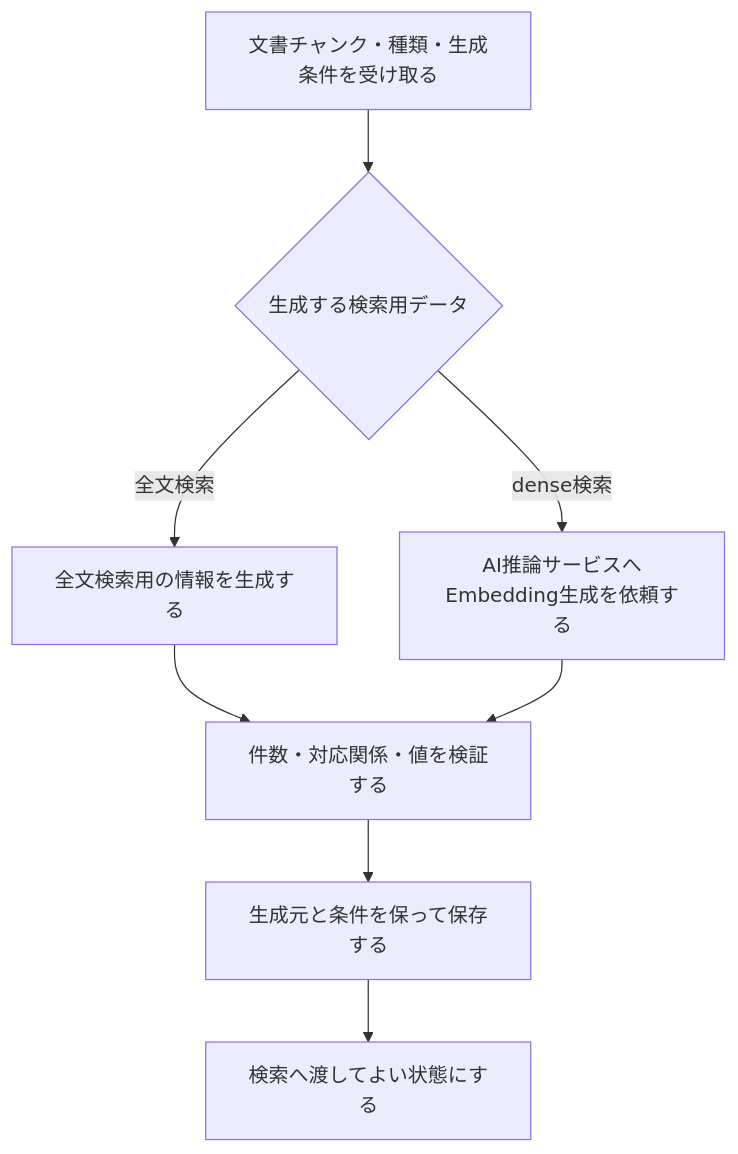
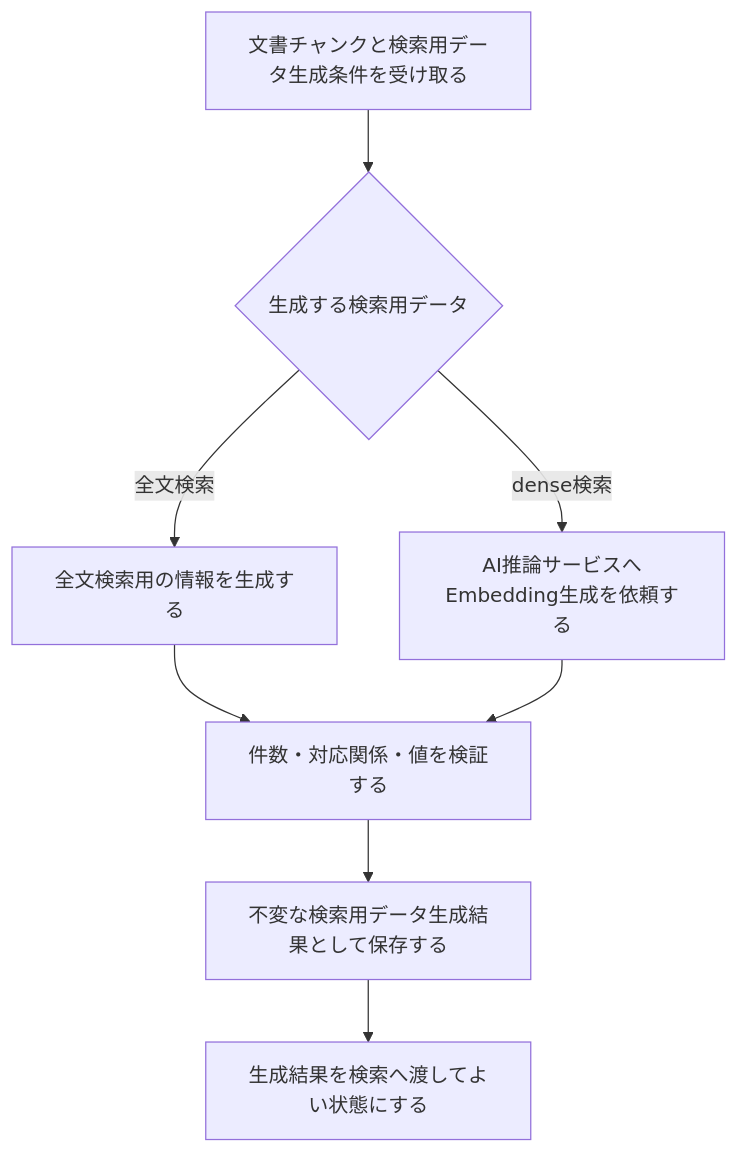
Before and after one commit to takashit16833/RAGScope: the diagram in project-docs/design/domains/documents/検索用データ生成設計.md, drawn with Mermaid. The commit also changed other lines of this file and 6 other files, not shown here.

````diff
--- a/project-docs/design/domains/documents/検索用データ生成設計.md
+++ b/project-docs/design/domains/documents/検索用データ生成設計.md
@@ -39,15 +39,15 @@
 ```mermaid
 flowchart TD
-    Receive["文書チャンク・種類・生成条件を受け取る"]
+    Receive["文書チャンクと検索用データ生成条件を受け取る"]
     Kind{"生成する検索用データ"}
     FullText["全文検索用の情報を生成する"]
     Embedding["AI推論サービスへ<br>Embedding生成を依頼する"]
     Validate["件数・対応関係・値を検証する"]
-    Save["生成元と条件を保って保存する"]
-    Publish["検索へ渡してよい状態にする"]
+    Save["不変な検索用データ生成結果として保存する"]
+    Publish["生成結果を検索へ渡してよい状態にする"]
 
     Receive --> Kind
     Kind -->|全文検索| FullText --> Validate
     Kind -->|dense検索| Embedding --> Validate
     Validate --> Save --> Publish
 ```
````
